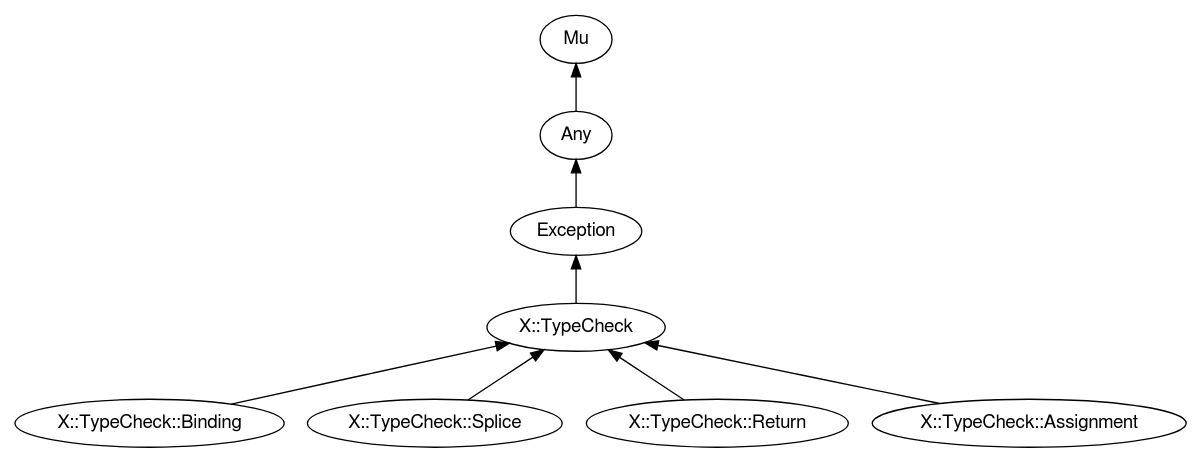
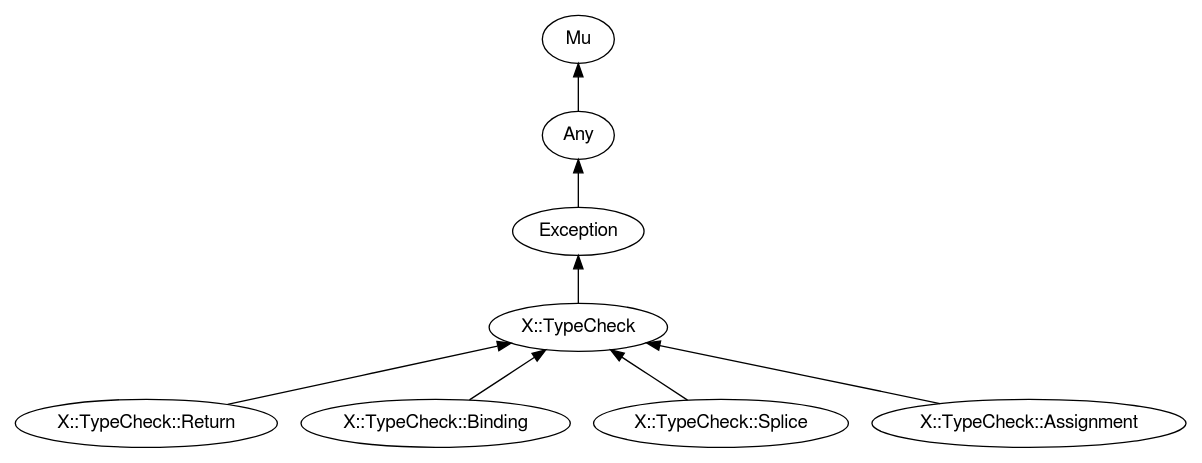
The diagram in images/type-graph-X::TypeCheck.svg.dot (perl6docs/perl6docs.github.io), drawn with Graphviz before and after one commit. The commit also changed other lines of this file and 4402 other files, not shown here.

```diff
--- a/images/type-graph-X::TypeCheck.svg.dot
+++ b/images/type-graph-X::TypeCheck.svg.dot
@@ -1,25 +1,25 @@
 digraph "perl6-type-graph" {
     rankdir=BT;
     splines=polyline;
     overlap=false; 
     // Types
     "X::TypeCheck" [color="#000000", fontcolor="#000000", href="/type/X::TypeCheck", fontname="FreeSans"];
     "Mu" [color="#000000", fontcolor="#000000", href="/type/Mu", fontname="FreeSans"];
     "Any" [color="#000000", fontcolor="#000000", href="/type/Any", fontname="FreeSans"];
     "Exception" [color="#000000", fontcolor="#000000", href="/type/Exception", fontname="FreeSans"];
+    "X::TypeCheck::Return" [color="#000000", fontcolor="#000000", href="/type/X::TypeCheck::Return", fontname="FreeSans"];
     "X::TypeCheck::Binding" [color="#000000", fontcolor="#000000", href="/type/X::TypeCheck::Binding", fontname="FreeSans"];
     "X::TypeCheck::Splice" [color="#000000", fontcolor="#000000", href="/type/X::TypeCheck::Splice", fontname="FreeSans"];
-    "X::TypeCheck::Return" [color="#000000", fontcolor="#000000", href="/type/X::TypeCheck::Return", fontname="FreeSans"];
     "X::TypeCheck::Assignment" [color="#000000", fontcolor="#000000", href="/type/X::TypeCheck::Assignment", fontname="FreeSans"];
 
     // Superclasses
     "X::TypeCheck" -> "Exception" [color="#000000"];
     "Any" -> "Mu" [color="#000000"];
     "Exception" -> "Any" [color="#000000"];
+    "X::TypeCheck::Return" -> "X::TypeCheck" [color="#000000"];
     "X::TypeCheck::Binding" -> "X::TypeCheck" [color="#000000"];
     "X::TypeCheck::Splice" -> "X::TypeCheck" [color="#000000"];
-    "X::TypeCheck::Return" -> "X::TypeCheck" [color="#000000"];
     "X::TypeCheck::Assignment" -> "X::TypeCheck" [color="#000000"];
 
     // Roles
 }
```
